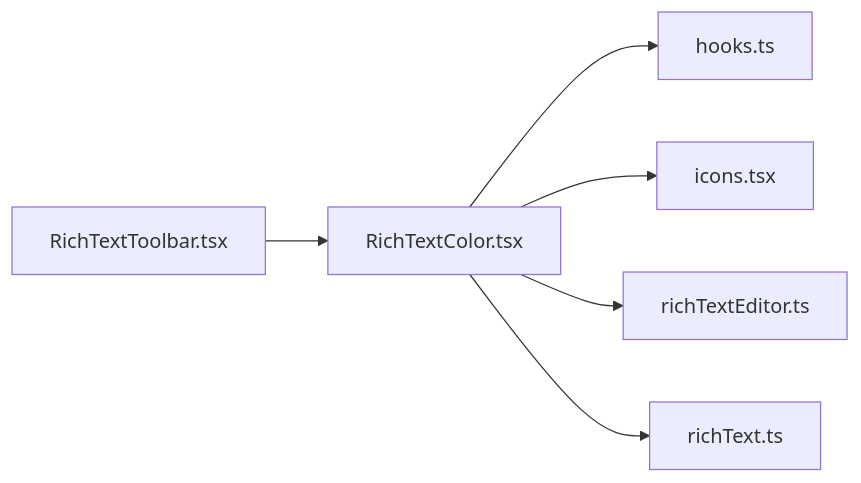
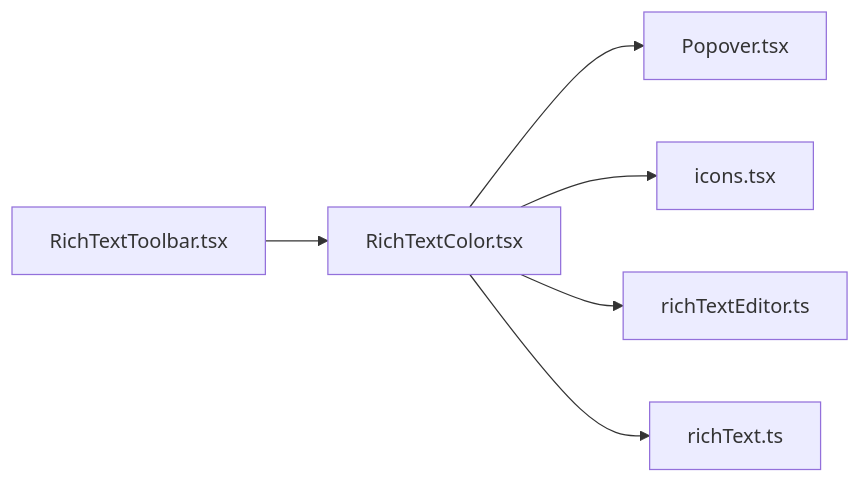
The diagram in .cluedoc/graph/frontend/src/components/RichTextColor.md (minkong-dev/Banblit), drawn with Mermaid before and after one commit. The commit also changed other lines of this file and 21 other files, not shown here.

First line of the commit message:
frontend: add Segmented and Popover components and refine touch and hover styles

````diff
--- a/.cluedoc/graph/frontend/src/components/RichTextColor.md
+++ b/.cluedoc/graph/frontend/src/components/RichTextColor.md
@@ -10,9 +10,9 @@
 ```mermaid
 flowchart LR
   frontend_src_components_RichTextColor["RichTextColor.tsx"]
-  frontend_src_components_RichTextColor --> frontend_src_components_hooks["hooks.ts"]
+  frontend_src_components_RichTextColor --> frontend_src_components_Popover["Popover.tsx"]
   frontend_src_components_RichTextColor --> frontend_src_components_icons["icons.tsx"]
   frontend_src_components_RichTextColor --> frontend_src_components_richTextEditor["richTextEditor.ts"]
   frontend_src_components_RichTextColor --> frontend_src_lib_richText["richText.ts"]
   frontend_src_components_RichTextToolbar["RichTextToolbar.tsx"] --> frontend_src_components_RichTextColor
 ```
````
